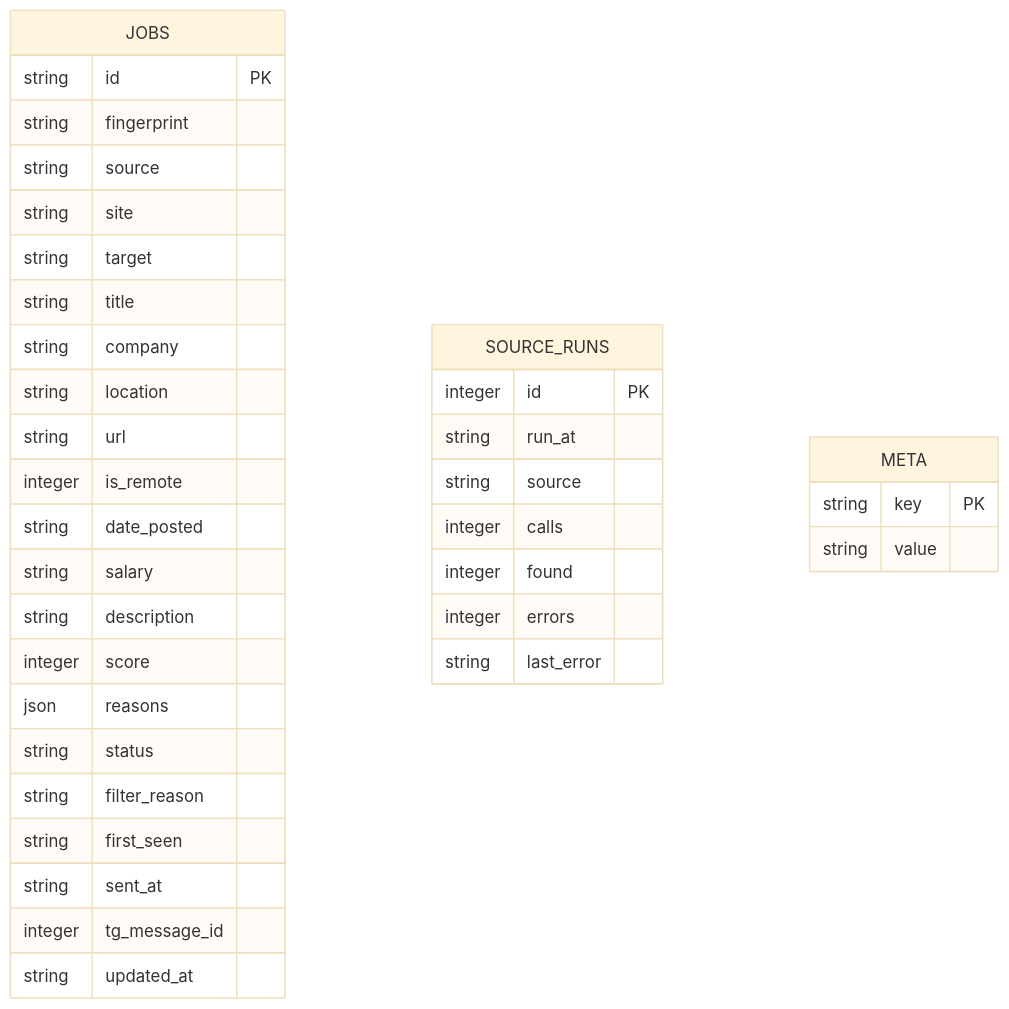
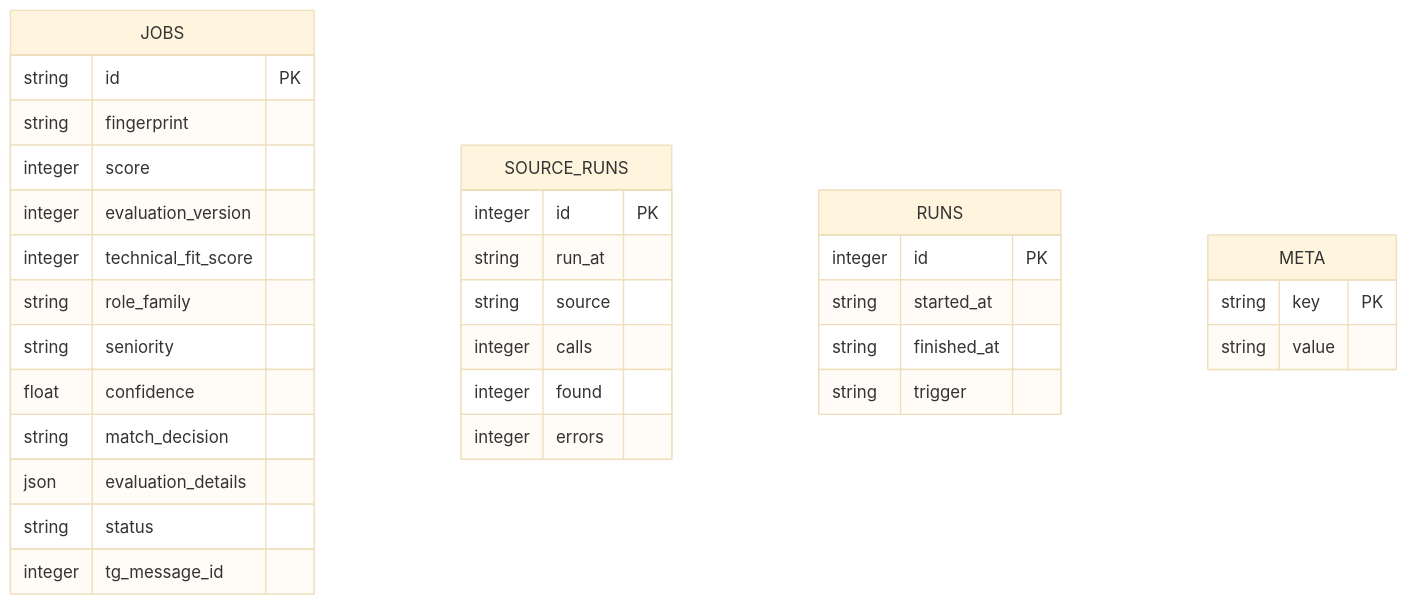
One commit to ehsanhrz/job-radar changed the fourth of 4 diagrams in docs/technical-audit/10-architecture-diagrams.md. Above: the diagram before and after it, drawn with Mermaid (base theme). The commit also changed other lines of this file and 12 other files, not shown here.

````diff
--- a/docs/technical-audit/10-architecture-diagrams.md
+++ b/docs/technical-audit/10-architecture-diagrams.md
@@ -99,39 +67,35 @@
 ```mermaid
 erDiagram
   JOBS {
     string id PK
     string fingerprint
-    string source
-    string site
-    string target
-    string title
-    string company
-    string location
-    string url
-    integer is_remote
-    string date_posted
-    string salary
-    string description
     integer score
-    json reasons
+    integer evaluation_version
+    integer technical_fit_score
+    string role_family
+    string seniority
+    float confidence
+    string match_decision
+    json evaluation_details
     string status
-    string filter_reason
-    string first_seen
-    string sent_at
     integer tg_message_id
-    string updated_at
   }
   SOURCE_RUNS {
     integer id PK
     string run_at
     string source
     integer calls
     integer found
     integer errors
-    string last_error
+  }
+  RUNS {
+    integer id PK
+    string started_at
+    string finished_at
+    string trigger
   }
   META {
     string key PK
     string value
   }
 ```
````
